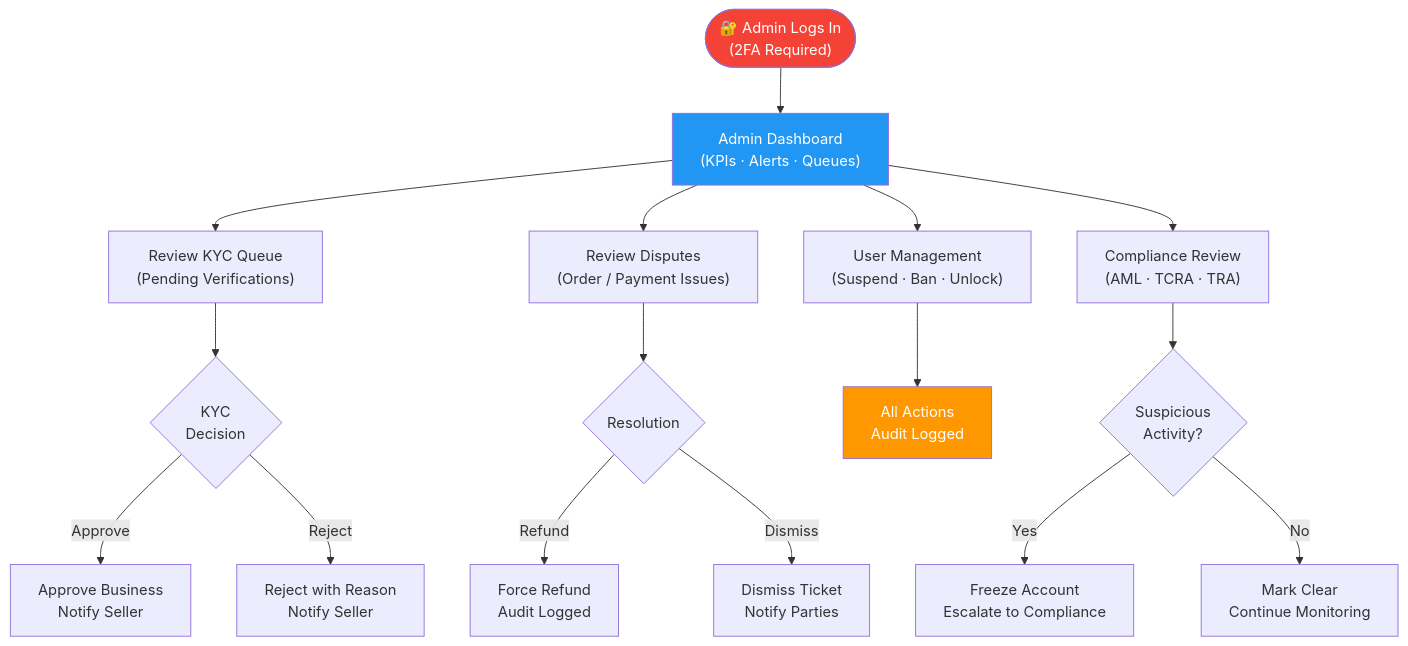
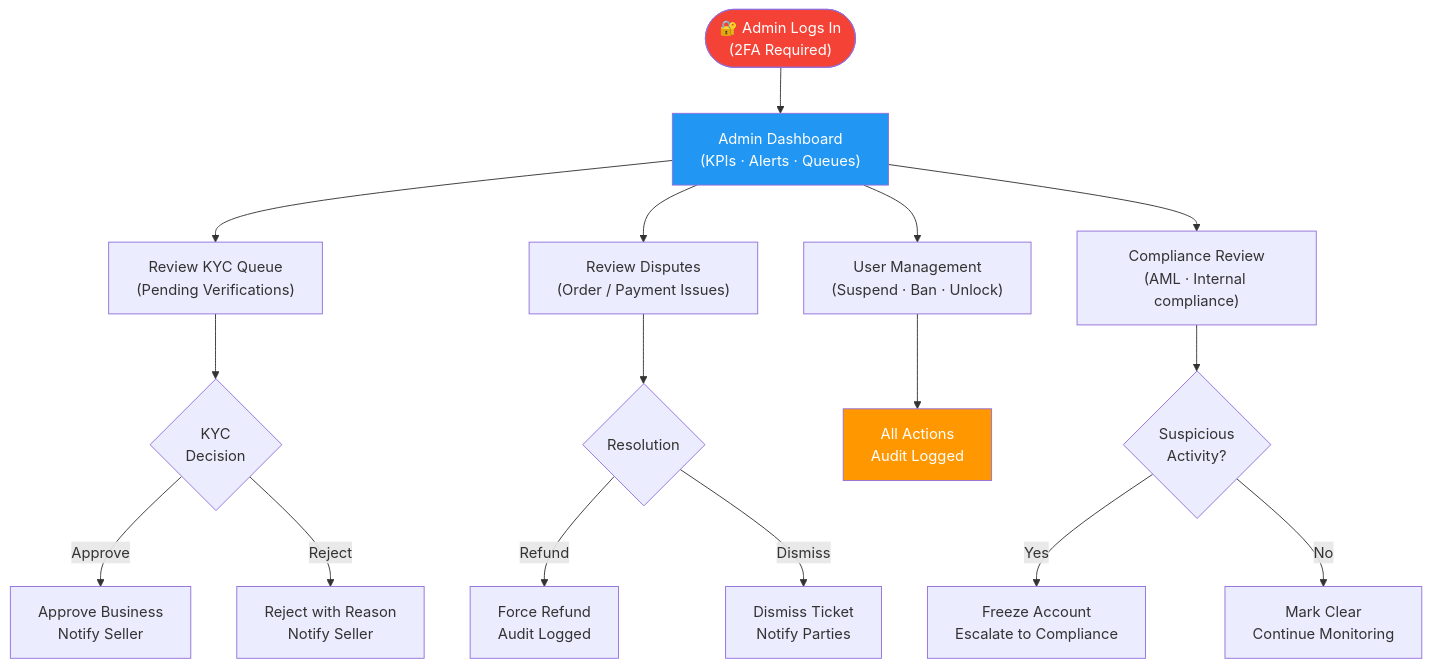
One commit to maysar-014/maysar-express-backend changed the fifth of 5 diagrams in docs/FLOWS/user-flow-maps.md. Above: the diagram before and after it, drawn with Mermaid. The commit also changed 317 other files, not shown here.

````diff
--- a/docs/FLOWS/user-flow-maps.md
+++ b/docs/FLOWS/user-flow-maps.md
@@ -222,26 +222,26 @@
 ```mermaid
 flowchart TD
     START(["🔐 Admin Logs In\n(2FA Required)"]) --> DASHBOARD["Admin Dashboard\n(KPIs · Alerts · Queues)"]
 
     DASHBOARD --> KYC_QUEUE["Review KYC Queue\n(Pending Verifications)"]
     KYC_QUEUE --> KYC_DECISION{KYC\nDecision}
     KYC_DECISION -->|Approve| KYC_APPROVE["Approve Business\nNotify Seller"]
     KYC_DECISION -->|Reject| KYC_REJECT["Reject with Reason\nNotify Seller"]
 
     DASHBOARD --> DISPUTE["Review Disputes\n(Order / Payment Issues)"]
     DISPUTE --> DISPUTE_ACTION{Resolution}
     DISPUTE_ACTION -->|Refund| FORCE_REFUND["Force Refund\nAudit Logged"]
     DISPUTE_ACTION -->|Dismiss| DISMISS["Dismiss Ticket\nNotify Parties"]
 
     DASHBOARD --> USER_MGMT["User Management\n(Suspend · Ban · Unlock)"]
     USER_MGMT --> AUDIT["All Actions\nAudit Logged"]
 
-    DASHBOARD --> COMPLIANCE_REVIEW["Compliance Review\n(AML · TCRA · TRA)"]
+    DASHBOARD --> COMPLIANCE_REVIEW["Compliance Review\n(AML · Internal compliance)"]
     COMPLIANCE_REVIEW --> FLAG{Suspicious\nActivity?}
     FLAG -->|Yes| FREEZE["Freeze Account\nEscalate to Compliance"]
     FLAG -->|No| CLEAR["Mark Clear\nContinue Monitoring"]
 
     style START fill:#F44336,color:#fff
     style DASHBOARD fill:#2196F3,color:#fff
     style AUDIT fill:#FF9800,color:#fff
 ```
````
